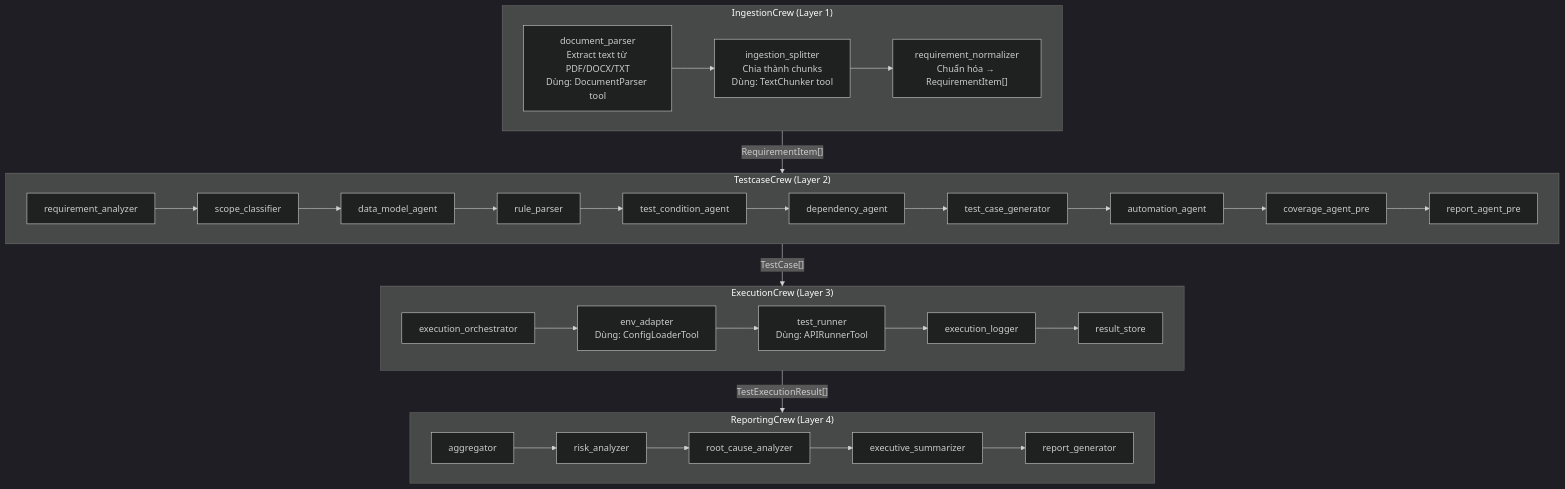
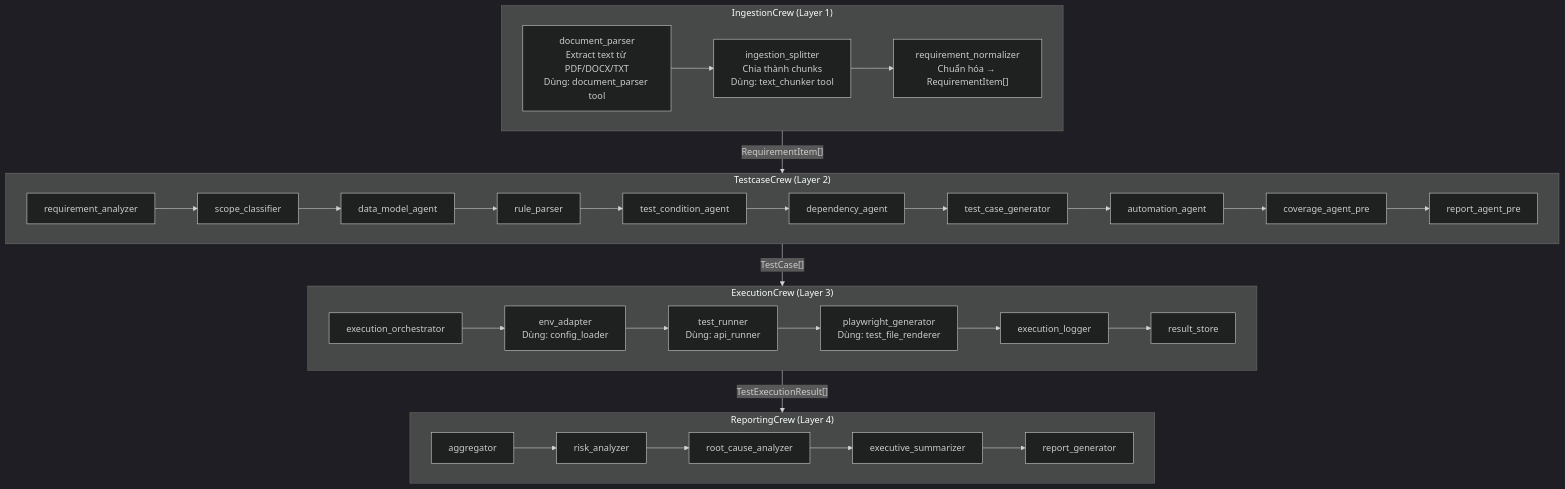
Before and after one commit to HenSanInDuty/agent-automation-testing: the fifth of 6 diagrams in docs/agent-llm.md, drawn with Mermaid (dark theme). The commit also changed other lines of this file and 6 other files, not shown here.

````diff
--- a/docs/agent-llm.md
+++ b/docs/agent-llm.md
@@ -124,40 +157,41 @@
 ```mermaid
 graph TB
     subgraph Ingestion["IngestionCrew (Layer 1)"]
-        I1["document_parser\nExtract text từ PDF/DOCX/TXT\nDùng: DocumentParser tool"]
-        I2["ingestion_splitter\nChia thành chunks\nDùng: TextChunker tool"]
+        I1["document_parser\nExtract text từ PDF/DOCX/TXT\nDùng: document_parser tool"]
+        I2["ingestion_splitter\nChia thành chunks\nDùng: text_chunker tool"]
         I3["requirement_normalizer\nChuẩn hóa → RequirementItem[]"]
         I1 --> I2 --> I3
     end
 
     subgraph Testcase["TestcaseCrew (Layer 2)"]
         direction LR
         T1["requirement_analyzer"] --> T2["scope_classifier"]
         T2 --> T3["data_model_agent"]
         T3 --> T4["rule_parser"]
         T4 --> T5["test_condition_agent"]
         T5 --> T6["dependency_agent"]
         T6 --> T7["test_case_generator"]
         T7 --> T8["automation_agent"]
         T8 --> T9["coverage_agent_pre"]
         T9 --> T10["report_agent_pre"]
     end
 
     subgraph Execution["ExecutionCrew (Layer 3)"]
-        E1["execution_orchestrator"] --> E2["env_adapter\nDùng: ConfigLoaderTool"]
-        E2 --> E3["test_runner\nDùng: APIRunnerTool"]
-        E3 --> E4["execution_logger"]
-        E4 --> E5["result_store"]
+        E1["execution_orchestrator"] --> E2["env_adapter\nDùng: config_loader"]
+        E2 --> E3["test_runner\nDùng: api_runner"]
+        E3 --> E4["playwright_generator\nDùng: test_file_renderer"]
+        E4 --> E5["execution_logger"]
+        E5 --> E6["result_store"]
     end
 
     subgraph Reporting["ReportingCrew (Layer 4)"]
         R1["aggregator"] --> R2["risk_analyzer"]
         R2 --> R3["root_cause_analyzer"]
         R3 --> R4["executive_summarizer"]
         R4 --> R5["report_generator"]
     end
 
     Ingestion -->|"RequirementItem[]"| Testcase
     Testcase -->|"TestCase[]"| Execution
     Execution -->|"TestExecutionResult[]"| Reporting
 ```
````
